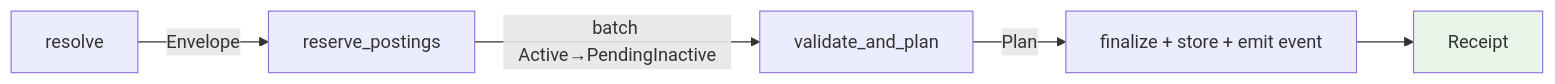
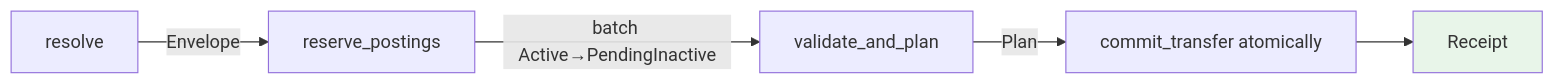
The second of 5 diagrams in doc/crates.md (crodas/kuatia), drawn with Mermaid before and after one commit. The commit also changed other lines of this file and 30 other files, not shown here.

````diff
--- a/doc/crates.md
+++ b/doc/crates.md
@@ -93,8 +96,8 @@
 ```mermaid
 graph LR
     A[resolve] -->|Envelope| B[reserve_postings]
     B -->|batch Active→PendingInactive| C[validate_and_plan]
-    C -->|Plan| D[finalize + store + emit event]
+    C -->|Plan| D[commit_transfer atomically]
     D --> E[Receipt]
     style E fill:#e8f5e9
 ```
````
